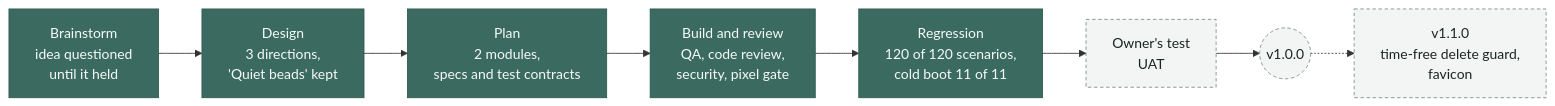
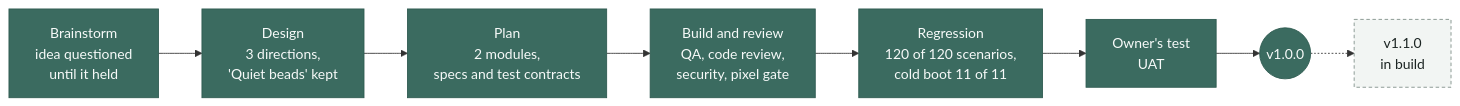
One commit to SoftDevDanial/streaky-habit changed the diagram in README.md. Above: the diagram before and after it, drawn with Mermaid. The commit also changed other lines of this file and 28 other files, not shown here.

````diff
--- a/README.md
+++ b/README.md
@@ -39,14 +47,14 @@
 ```mermaid
 flowchart LR
   B["Brainstorm<br/>idea questioned<br/>until it held"] --> D["Design<br/>3 directions,<br/>'Quiet beads' kept"]
   D --> P["Plan<br/>2 modules,<br/>specs and test contracts"]
   P --> E["Build and review<br/>QA, code review,<br/>security, pixel gate"]
   E --> R["Regression<br/>120 of 120 scenarios,<br/>cold boot 11 of 11"]
   R --> U["Owner's test<br/>UAT"]
   U --> S(("v1.0.0"))
-  S -.-> N["v1.1.0<br/>time-free delete guard,<br/>favicon"]
+  S -.-> N["v1.1.0<br/>in build"]
   classDef done fill:#3B6B60,stroke:#2E5A50,color:#F7FAF9
   classDef next fill:#F2F5F3,stroke:#7E8E88,color:#1C2523,stroke-dasharray:4 3
-  class B,D,P,E,R done
-  class U,S,N next
+  class B,D,P,E,R,U,S done
+  class N next
 ```
````
